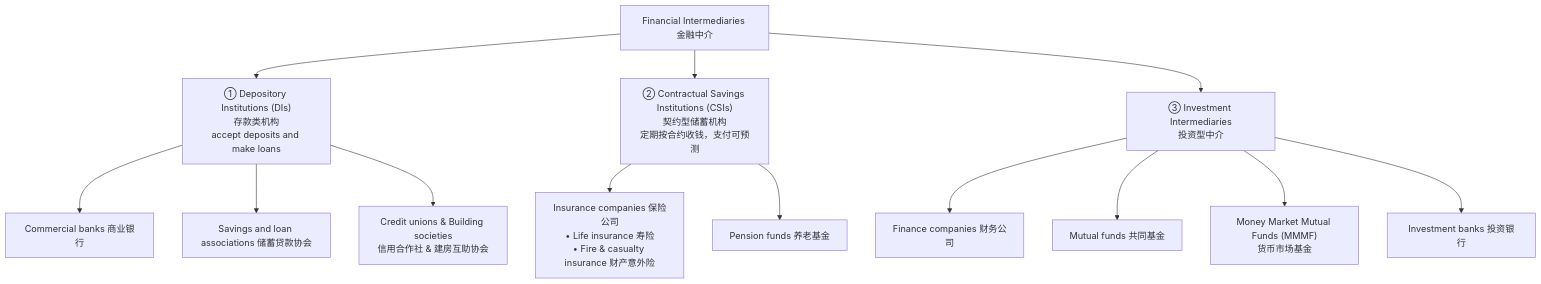
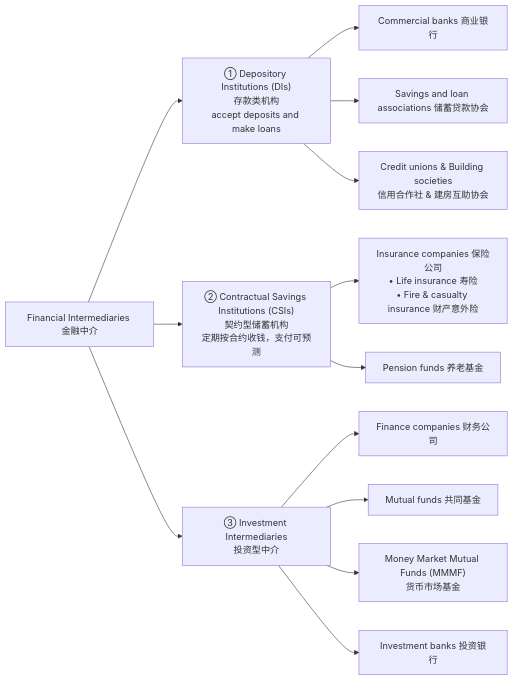
One commit to huj791942-eng/individua- changed the fifth of 5 diagrams in FIN2002S_Principles_of_Finance/Part1.1_Introduction_to_Finance_笔记.md. Above: the diagram before and after it, drawn with Mermaid. The commit also changed other lines of this file and 3 other files, not shown here.

````diff
--- a/FIN2002S_Principles_of_Finance/Part1.1_Introduction_to_Finance_笔记.md
+++ b/FIN2002S_Principles_of_Finance/Part1.1_Introduction_to_Finance_笔记.md
@@ -406,19 +384,19 @@
 ```mermaid
-flowchart TD
+flowchart LR
     FI[Financial Intermediaries 金融中介]
     FI --> DI["① Depository Institutions (DIs)<br/>存款类机构<br/>accept deposits and make loans"]
     FI --> CSI["② Contractual Savings Institutions (CSIs)<br/>契约型储蓄机构<br/>定期按合约收钱，支付可预测"]
     FI --> II["③ Investment Intermediaries<br/>投资型中介"]
 
     DI --> DI1[Commercial banks 商业银行]
     DI --> DI2[Savings and loan associations 储蓄贷款协会]
     DI --> DI3[Credit unions & Building societies<br/>信用合作社 & 建房互助协会]
 
     CSI --> CSI1["Insurance companies 保险公司<br/>• Life insurance 寿险<br/>• Fire & casualty insurance 财产意外险"]
     CSI --> CSI2[Pension funds 养老基金]
 
     II --> II1[Finance companies 财务公司]
     II --> II2[Mutual funds 共同基金]
     II --> II3["Money Market Mutual Funds (MMMF)<br/>货币市场基金"]
     II --> II4[Investment banks 投资银行]
 ```
````
